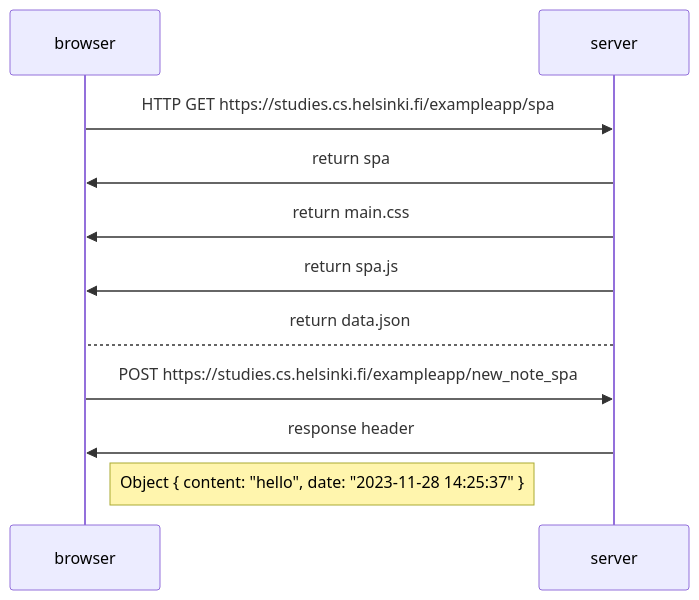
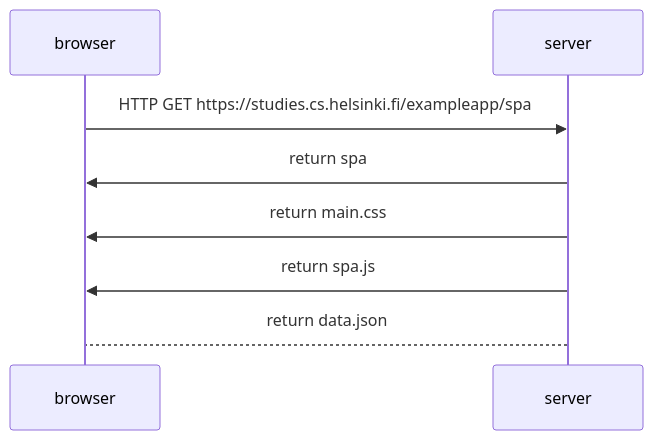
One commit to LuisRomano88/FullStackOpen-Exercises-Part-0 changed the diagram in Part-0.5.md. Above: the diagram before and after it, drawn with Mermaid.

````diff
--- a/Part-0.5.md
+++ b/Part-0.5.md
@@ -1,11 +1,8 @@
 ```mermaid
 sequenceDiagram
 browser->>server: HTTP GET https://studies.cs.helsinki.fi/exampleapp/spa
 server->>browser: return spa
 server->>browser: return main.css
 server->>browser: return spa.js
 server-->browser: return data.json
-browser->>server: POST https://studies.cs.helsinki.fi/exampleapp/new_note_spa
-server->>browser: response header
-Note right of browser: Object { content: "hello", date: "2023-11-28 14:25:37" }
 ```
````
